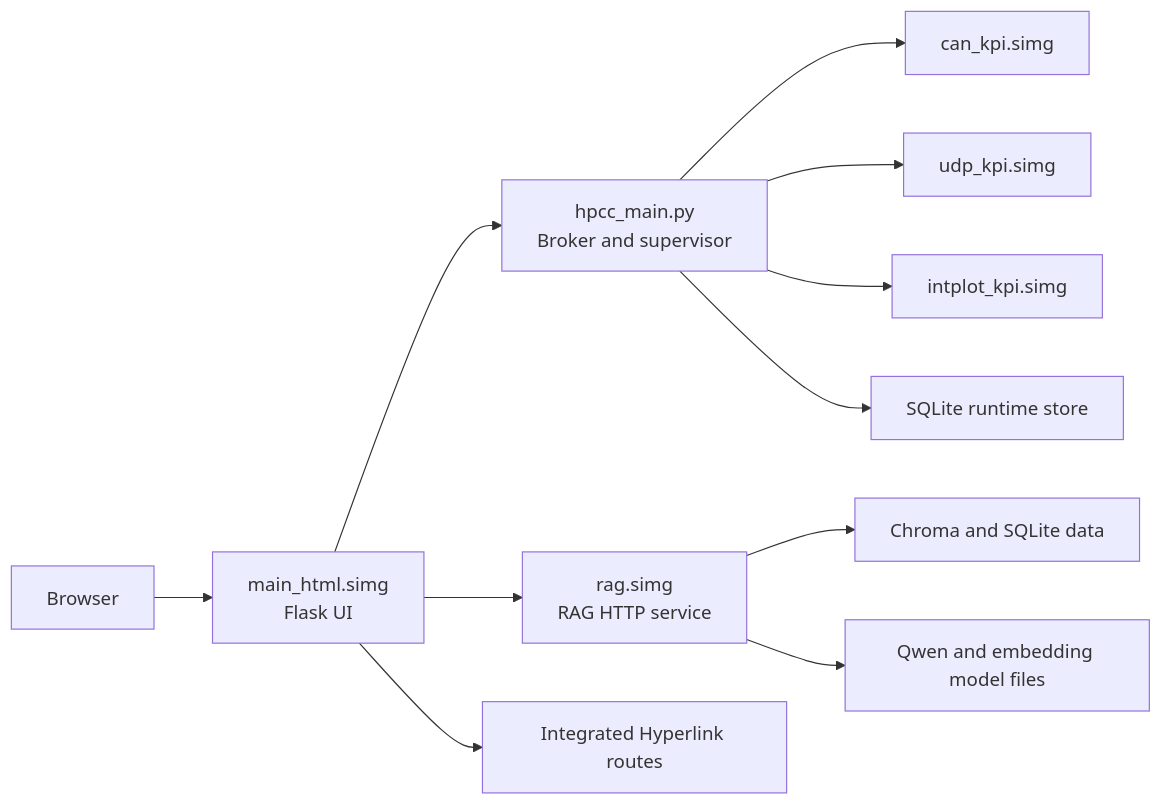
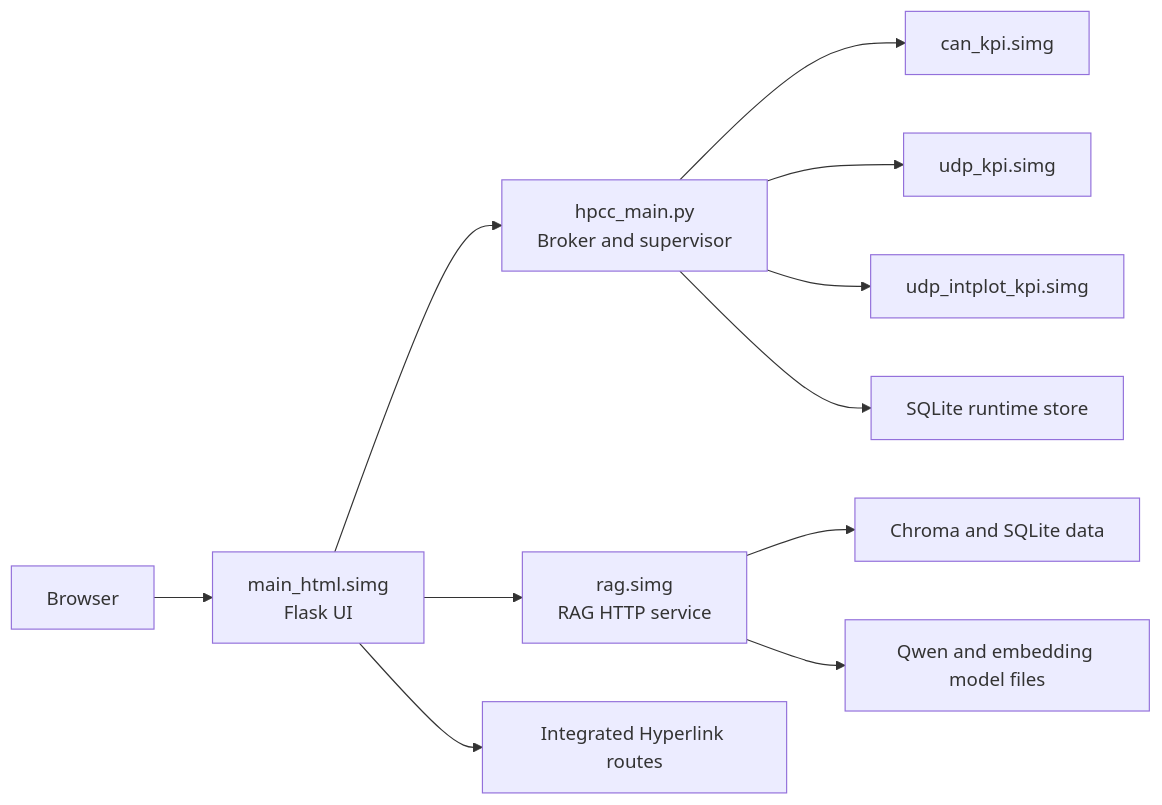
One commit to krishnakumarbhat/plotly_code2 changed the diagram in simg_zmq/Readme/README_dev.md. Above: the diagram before and after it, drawn with Mermaid. The commit also changed other lines of this file and 199 other files, not shown here.

````diff
--- a/simg_zmq/Readme/README_dev.md
+++ b/simg_zmq/Readme/README_dev.md
@@ -37,13 +37,13 @@
 ```mermaid
 flowchart LR
     Browser[Browser] --> UI[main_html.simg\nFlask UI]
     UI --> Broker[hpcc_main.py\nBroker and supervisor]
     UI --> Rag[rag.simg\nRAG HTTP service]
     Broker --> Can[can_kpi.simg]
     Broker --> Udp[udp_kpi.simg]
-    Broker --> IntPlot[intplot_kpi.simg]
+    Broker --> IntPlot[udp_intplot_kpi.simg]
     UI --> Hyperlink[Integrated Hyperlink routes]
     Broker --> RuntimeDB[SQLite runtime store]
     Rag --> Chroma[Chroma and SQLite data]
     Rag --> Models[Qwen and embedding model files]
 ```
````
